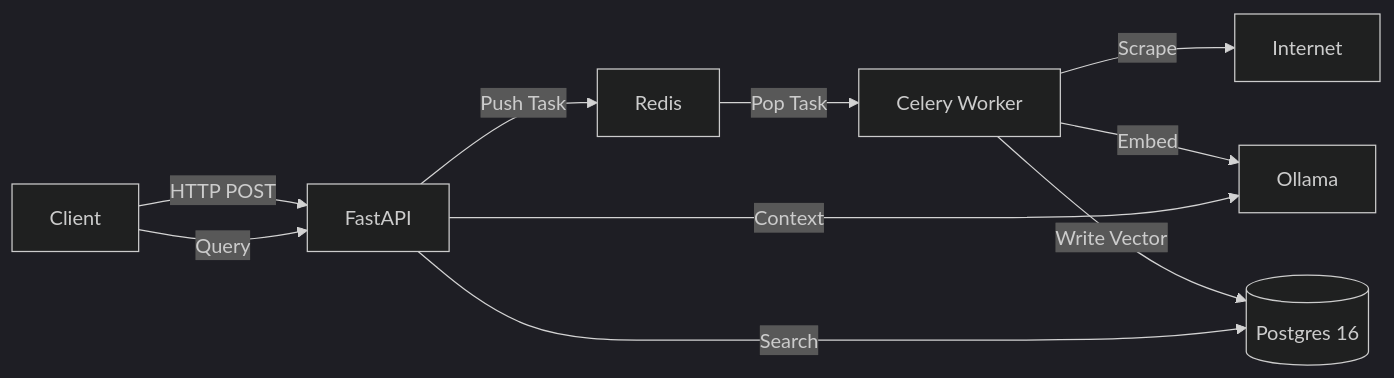
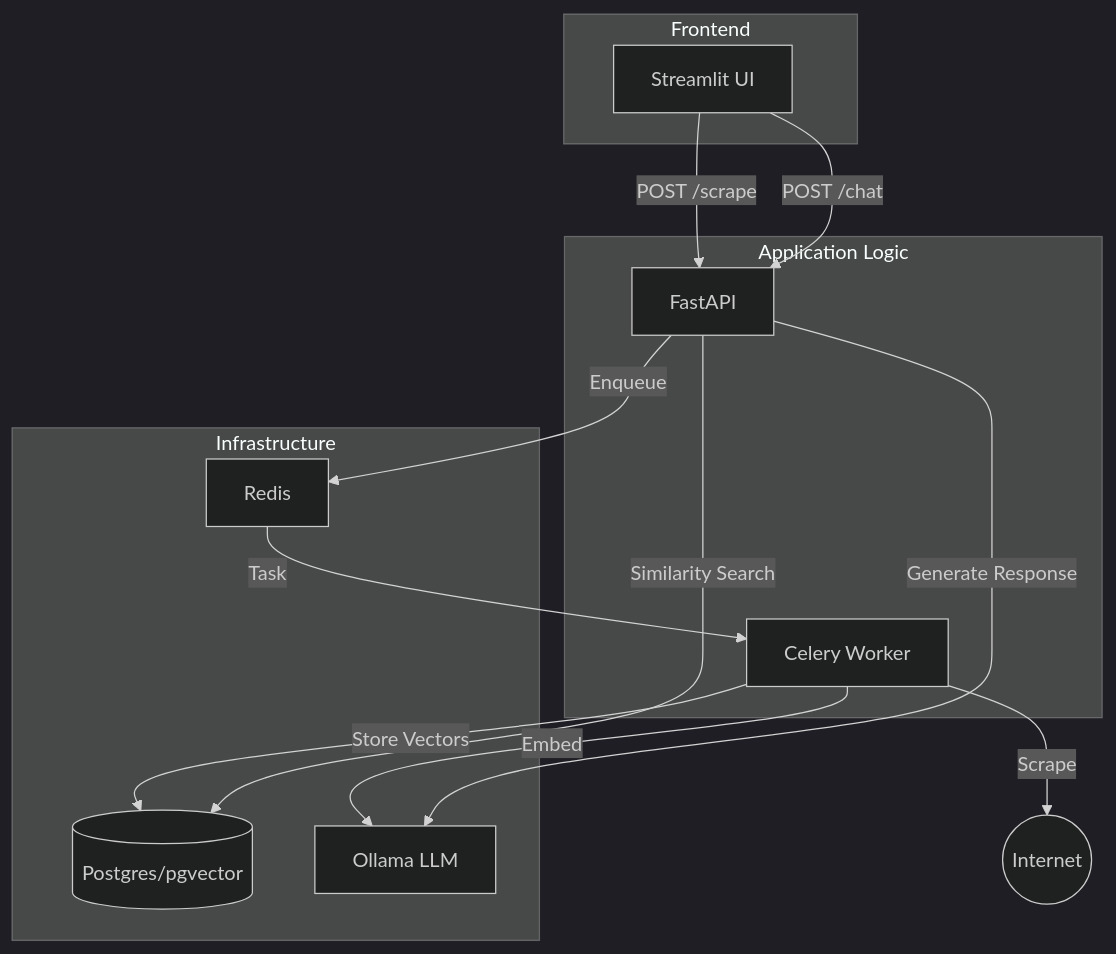
One commit to Jurasz-Jan/pulse-engine changed the diagram in README.md. Above: the diagram before and after it, drawn with Mermaid (dark theme). The commit also changed other lines of this file, not shown here.

Commit message:
Update graph

````diff
--- a/README.md
+++ b/README.md
@@ -32,13 +32,30 @@
 ```mermaid
-graph LR
-    Client -->|HTTP POST| API[FastAPI]
-    API -->|Push Task| Redis
-    Redis -->|Pop Task| Worker[Celery Worker]
-    Worker -->|Scrape| Internet
+graph TD
+    subgraph Frontend
+        UI[Streamlit UI]
+    end
+
+    subgraph "Application Logic"
+        API[FastAPI]
+        Worker[Celery Worker]
+    end
+
+    subgraph Infrastructure
+        Redis[Redis]
+        DB[(Postgres/pgvector)]
+        Ollama[Ollama LLM]
+    end
+
+    %% Ingestion
+    UI -->|POST /scrape| API
+    API -->|Enqueue| Redis
+    Redis -->|Task| Worker
+    Worker -->|Scrape| Internet((Internet))
     Worker -->|Embed| Ollama
-    Worker -->|Write Vector| DB[(Postgres 16)]
-    
-    Client -->|Query| API
-    API -->|Search| DB
-    API -->|Context| Ollama
+    Worker -->|Store Vectors| DB
+
+    %% Query
+    UI -->|POST /chat| API
+    API -->|Similarity Search| DB
+    API -->|Generate Response| Ollama
 ```
````
